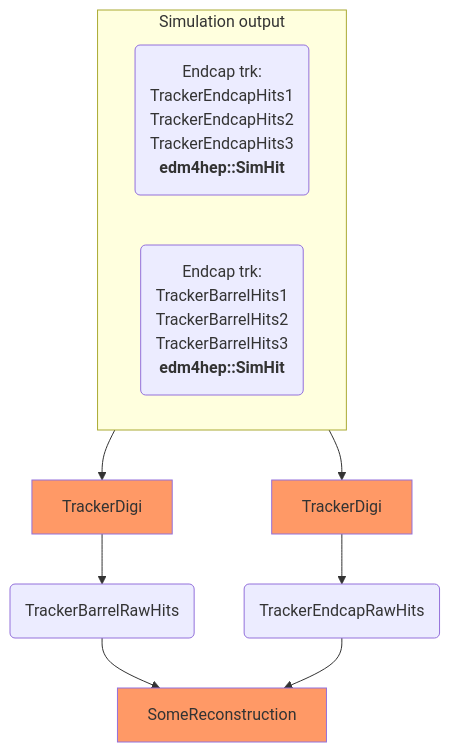
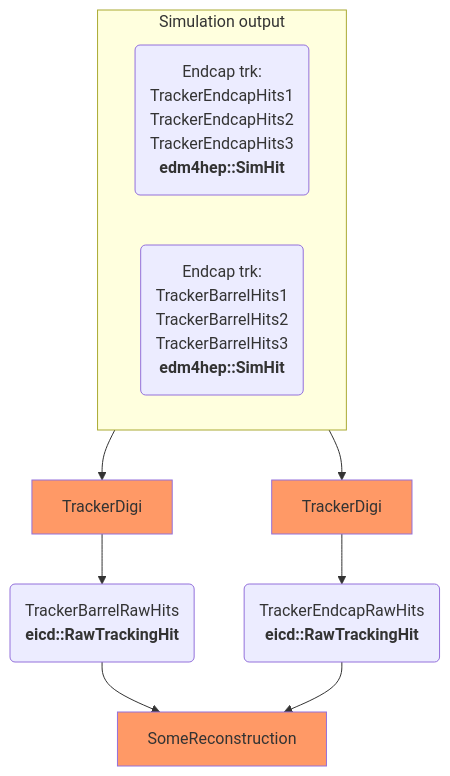
Before and after one commit to eic/EICrecon: the diagram in src/algorithms/jana/README.md, drawn with Mermaid.

````diff
--- a/src/algorithms/jana/README.md
+++ b/src/algorithms/jana/README.md
@@ -4,20 +4,20 @@
 ```mermaid
 flowchart TB
   classDef alg fill:#f96;
   subgraph Simulation output
     direction LR
     tracker_endcap_collections(Endcap trk:<br />TrackerEndcapHits1<br/>TrackerEndcapHits2<br/>TrackerEndcapHits3<br/><strong>edm4hep::SimHit</strong>)
     tracker_barrel_collections(Endcap trk:<br />TrackerBarrelHits1<br/>TrackerBarrelHits2<br/>TrackerBarrelHits3<br/><strong>edm4hep::SimHit</strong>)
   end
   
   tracker_barrel_collections --> TrackerDigi[TrackerDigi]:::alg
-  TrackerDigi --> TrackerBarrelRawHits(TrackerBarrelRawHits)
+  TrackerDigi --> TrackerBarrelRawHits(TrackerBarrelRawHits<br/><strong>eicd::RawTrackingHit</strong>)
     
   tracker_endcap_collections --> TrackerDigi2[TrackerDigi]:::alg
-  TrackerDigi2 --> TrackerEndcapRawHits(TrackerEndcapRawHits)
+  TrackerDigi2 --> TrackerEndcapRawHits(TrackerEndcapRawHits<br/><strong>eicd::RawTrackingHit</strong>)
   
   TrackerSourceLinker[SomeReconstruction]:::alg
   
   TrackerBarrelRawHits --> TrackerSourceLinker
   TrackerEndcapRawHits --> TrackerSourceLinker  
 ```
````
